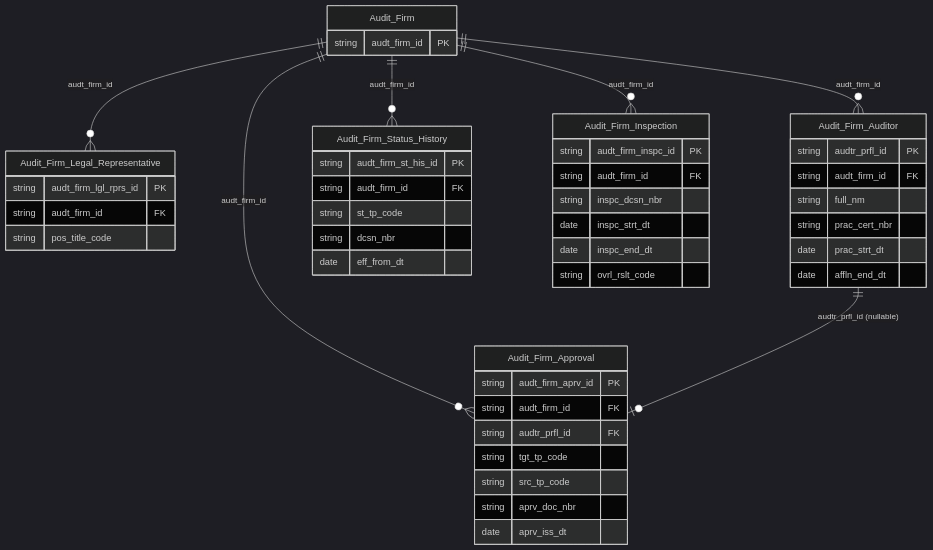
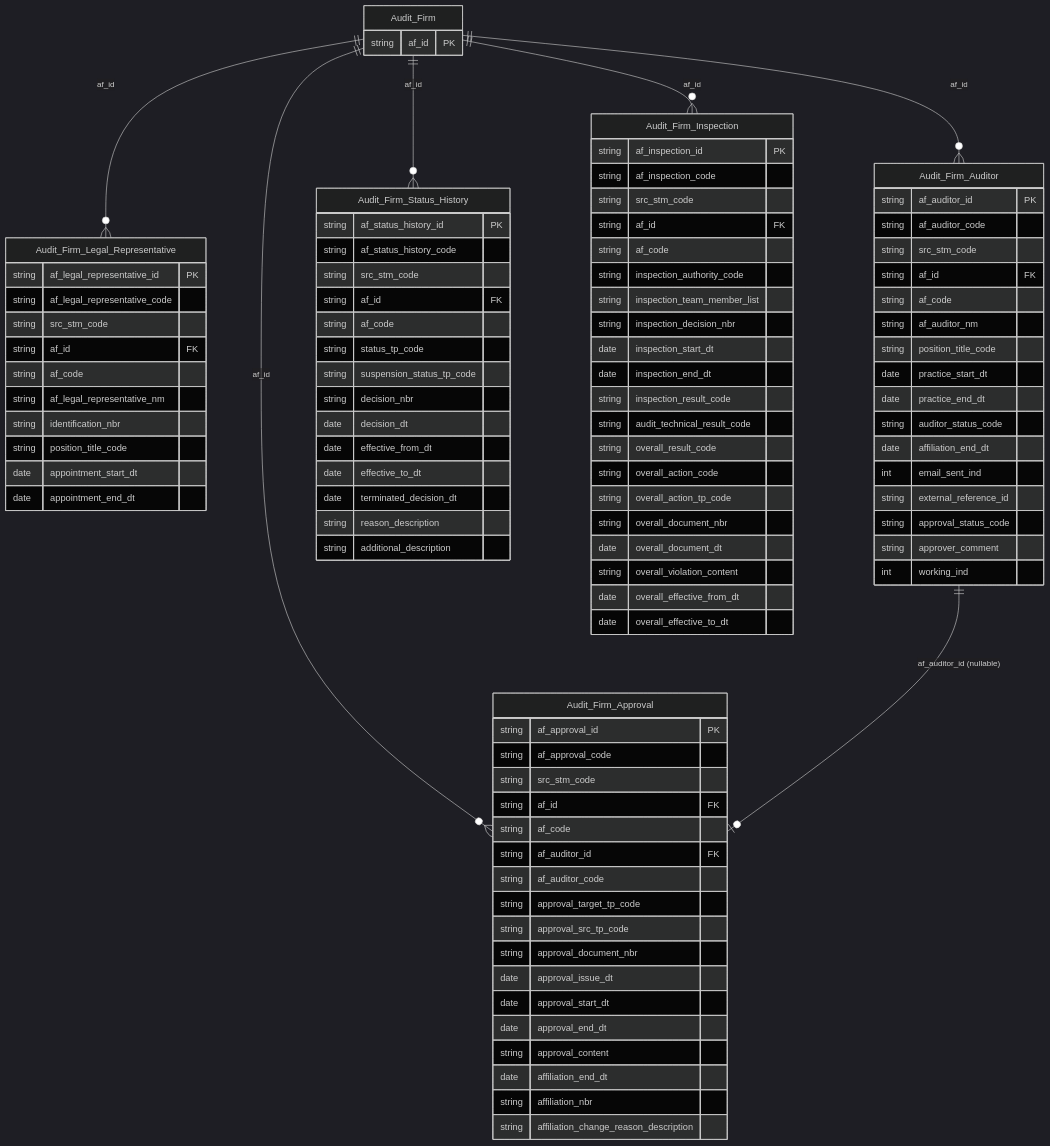
The second of 2 diagrams in DataModel/working/Atomic/hld/AUDIT_HLD_Tier2.md (linhlvit/ubck_atomic_design), drawn with Mermaid (dark theme) before and after one commit. The commit also changed 96 other files, not shown here.

````diff
--- a/DataModel/working/Atomic/hld/AUDIT_HLD_Tier2.md
+++ b/DataModel/working/Atomic/hld/AUDIT_HLD_Tier2.md
@@ -122,90 +122,105 @@
 ```mermaid
 erDiagram
-
-
     Audit_Firm {
-        string audt_firm_id PK
+        string af_id PK
     }
 
-
-
-
-
-
-
-
-
-
-
-
-
-
-
-
-
-
-
-
-
-
-
-
-
-
-
-
     Audit_Firm_Approval {
-        string audt_firm_aprv_id PK
-        string audt_firm_id FK
-        string audtr_prfl_id FK
-        string tgt_tp_code
-        string src_tp_code
-        string aprv_doc_nbr
-        date aprv_iss_dt
+        string af_approval_id PK
+        string af_approval_code
+        string src_stm_code
+        string af_id FK
+        string af_code
+        string af_auditor_id FK
+        string af_auditor_code
+        string approval_target_tp_code
+        string approval_src_tp_code
+        string approval_document_nbr
+        date approval_issue_dt
+        date approval_start_dt
+        date approval_end_dt
+        string approval_content
+        date affiliation_end_dt
+        string affiliation_nbr
+        string affiliation_change_reason_description
     }
 
     Audit_Firm_Legal_Representative {
-        string audt_firm_lgl_rprs_id PK
-        string audt_firm_id FK
-        string pos_title_code
+        string af_legal_representative_id PK
+        string af_legal_representative_code
+        string src_stm_code
+        string af_id FK
+        string af_code
+        string af_legal_representative_nm
+        string identification_nbr
+        string position_title_code
+        date appointment_start_dt
+        date appointment_end_dt
     }
 
     Audit_Firm_Auditor {
-        string audtr_prfl_id PK
-        string audt_firm_id FK
-        string full_nm
-        string prac_cert_nbr
-        date prac_strt_dt
-        date affln_end_dt
+        string af_auditor_id PK
+        string af_auditor_code
+        string src_stm_code
+        string af_id FK
+        string af_code
+        string af_auditor_nm
+        string position_title_code
+        date practice_start_dt
+        date practice_end_dt
+        string auditor_status_code
+        date affiliation_end_dt
+        int email_sent_ind
+        string external_reference_id
+        string approval_status_code
+        string approver_comment
+        int working_ind
     }
 
     Audit_Firm_Status_History {
-        string audt_firm_st_his_id PK
-        string audt_firm_id FK
-        string st_tp_code
-        string dcsn_nbr
-        date eff_from_dt
+        string af_status_history_id PK
+        string af_status_history_code
+        string src_stm_code
+        string af_id FK
+        string af_code
+        string status_tp_code
+        string suspension_status_tp_code
+        string decision_nbr
+        date decision_dt
+        date effective_from_dt
+        date effective_to_dt
+        date terminated_decision_dt
+        string reason_description
+        string additional_description
     }
 
     Audit_Firm_Inspection {
-        string audt_firm_inspc_id PK
-        string audt_firm_id FK
-        string inspc_dcsn_nbr
-        date inspc_strt_dt
-        date inspc_end_dt
-        string ovrl_rslt_code
+        string af_inspection_id PK
+        string af_inspection_code
+        string src_stm_code
+        string af_id FK
+        string af_code
+        string inspection_authority_code
+        string inspection_team_member_list
+        string inspection_decision_nbr
+        date inspection_start_dt
+        date inspection_end_dt
+        string inspection_result_code
+        string audit_technical_result_code
+        string overall_result_code
+        string overall_action_code
+        string overall_action_tp_code
+        string overall_document_nbr
+        date overall_document_dt
+        string overall_violation_content
+        date overall_effective_from_dt
+        date overall_effective_to_dt
     }
 
-
-
-
-
-
-
-    Audit_Firm ||--o{ Audit_Firm_Approval : "audt_firm_id"
-    Audit_Firm ||--o{ Audit_Firm_Legal_Representative : "audt_firm_id"
-    Audit_Firm ||--o{ Audit_Firm_Auditor : "audt_firm_id"
-    Audit_Firm ||--o{ Audit_Firm_Status_History : "audt_firm_id"
-    Audit_Firm ||--o{ Audit_Firm_Inspection : "audt_firm_id"
-    Audit_Firm_Auditor ||--o| Audit_Firm_Approval : "audtr_prfl_id (nullable)"
+    Audit_Firm ||--o{ Audit_Firm_Approval : "af_id"
+    Audit_Firm_Auditor ||--o| Audit_Firm_Approval : "af_auditor_id (nullable)"
+    Audit_Firm ||--o{ Audit_Firm_Legal_Representative : "af_id"
+    Audit_Firm ||--o{ Audit_Firm_Auditor : "af_id"
+    Audit_Firm ||--o{ Audit_Firm_Status_History : "af_id"
+    Audit_Firm ||--o{ Audit_Firm_Inspection : "af_id"
 ```
````
